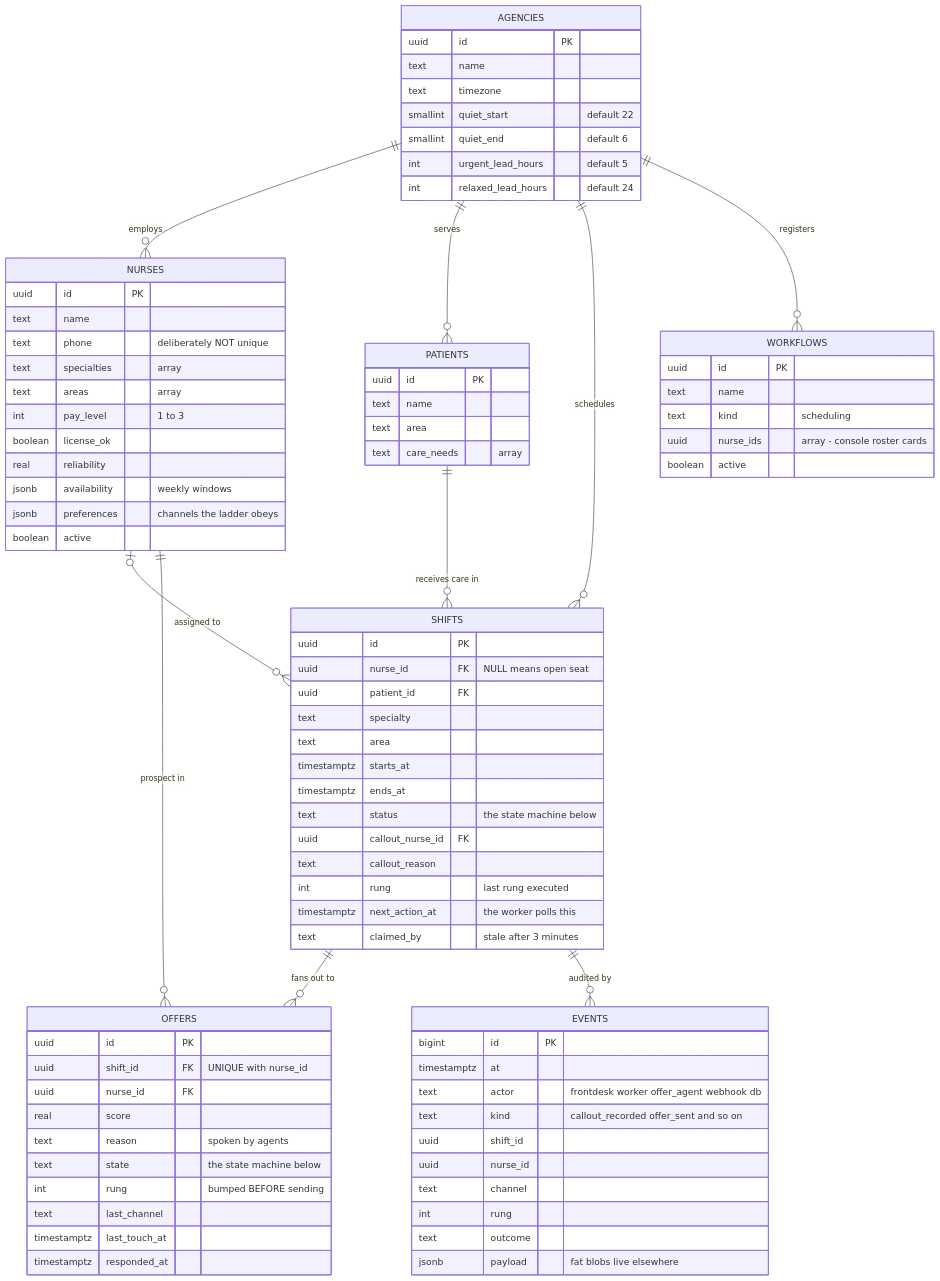
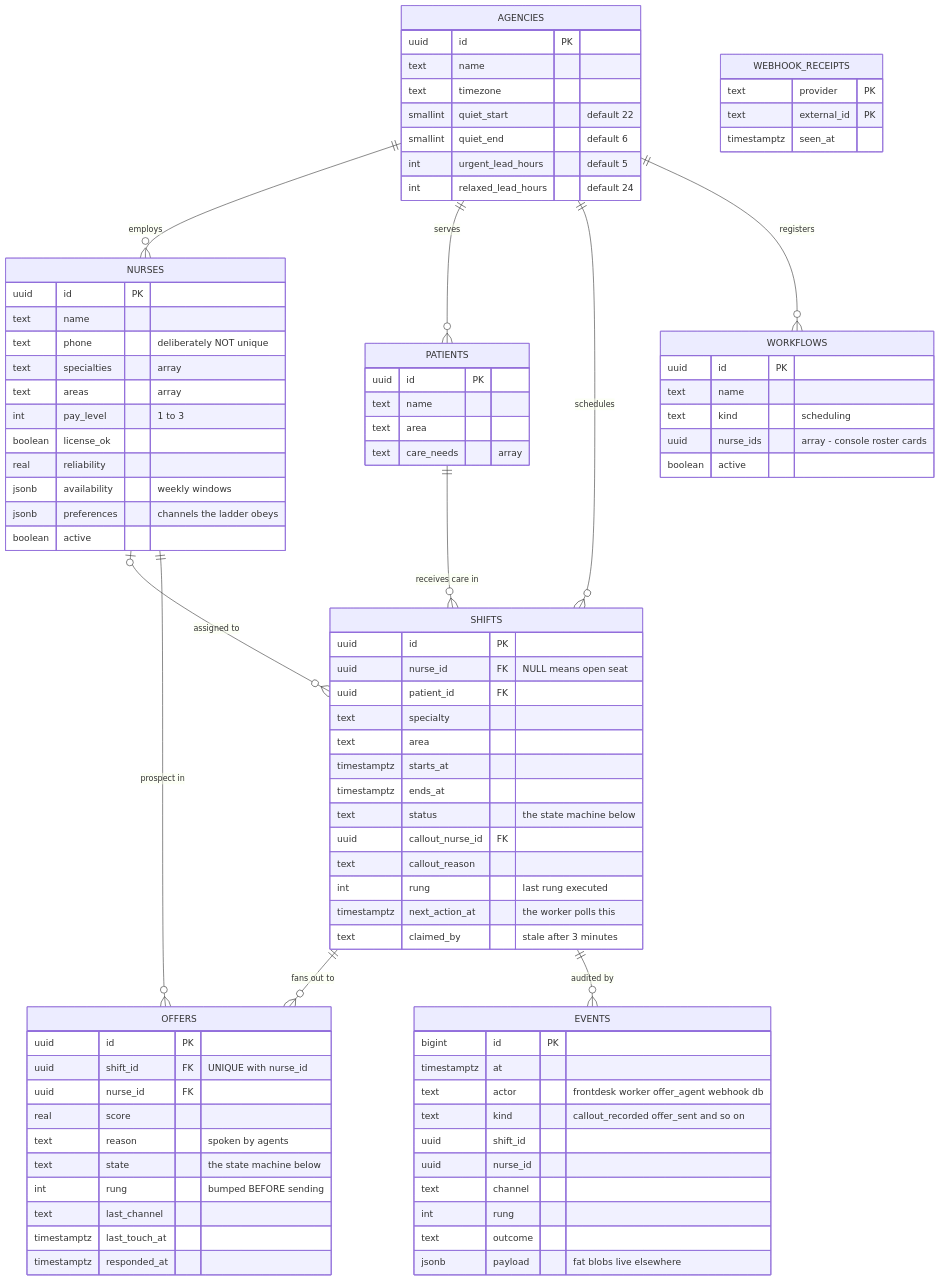
One commit to rockramsri/Rock-voice-scheduler-engine changed the first of 3 diagrams in docs/architecture.md. Above: the diagram before and after it, drawn with Mermaid. The commit also changed other lines of this file and 6 other files, not shown here.

```diff
--- a/docs/architecture.md
+++ b/docs/architecture.md
@@ -84,6 +84,11 @@
     AGENCIES ||--o{ PATIENTS : "serves"
     AGENCIES ||--o{ SHIFTS : "schedules"
     AGENCIES ||--o{ WORKFLOWS : "registers"
+    WEBHOOK_RECEIPTS {
+        text provider PK
+        text external_id PK
+        timestamptz seen_at
+    }
     PATIENTS ||--o{ SHIFTS : "receives care in"
     NURSES |o--o{ SHIFTS : "assigned to"
     NURSES ||--o{ OFFERS : "prospect in"
```
